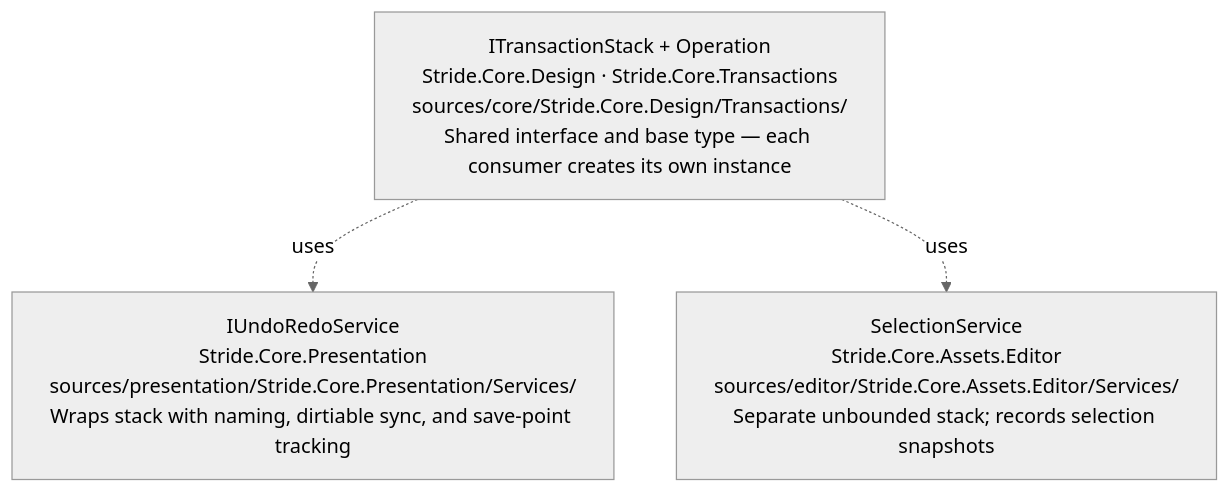
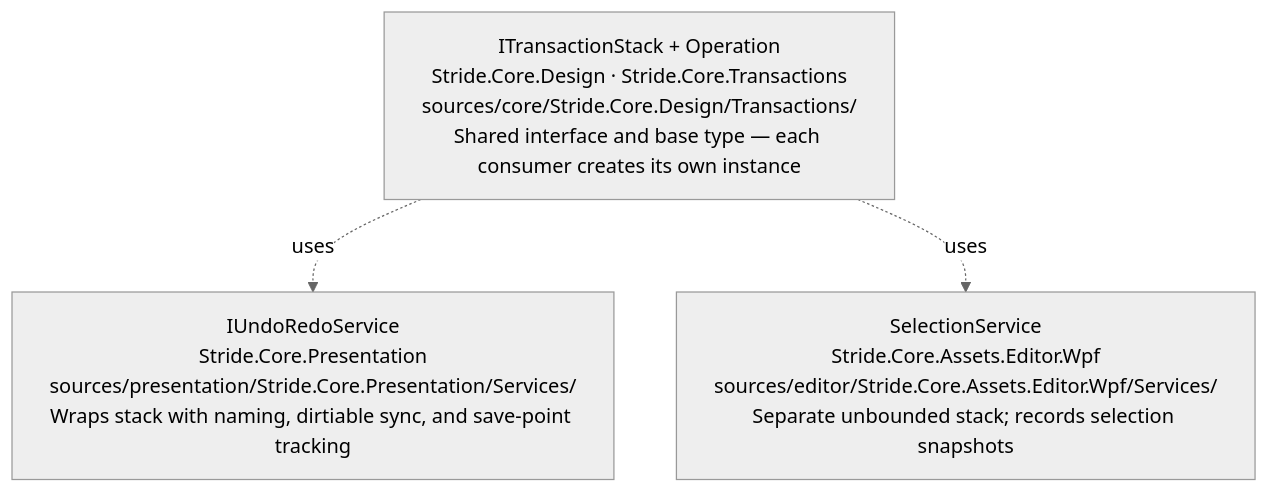
Before and after one commit to stride3d/stride: the diagram in docs/editor/README.md, drawn with Mermaid (neutral theme). The commit also changed 1586 other files, not shown here.

First line of the commit message:
refactor: rename WPF editor/presentation projects to add .Wpf suffix

````diff
--- a/docs/editor/README.md
+++ b/docs/editor/README.md
@@ -7,9 +7,9 @@
 ```mermaid
 flowchart TD
     A["ITransactionStack + Operation<br/>Stride.Core.Design · Stride.Core.Transactions<br/>sources/core/Stride.Core.Design/Transactions/<br/>Shared interface and base type — each consumer creates its own instance"]
     B["IUndoRedoService<br/>Stride.Core.Presentation<br/>sources/presentation/Stride.Core.Presentation/Services/<br/>Wraps stack with naming, dirtiable sync, and save-point tracking"]
-    C["SelectionService<br/>Stride.Core.Assets.Editor<br/>sources/editor/Stride.Core.Assets.Editor/Services/<br/>Separate unbounded stack; records selection snapshots"]
+    C["SelectionService<br/>Stride.Core.Assets.Editor.Wpf<br/>sources/editor/Stride.Core.Assets.Editor.Wpf/Services/<br/>Separate unbounded stack; records selection snapshots"]
 
     A -. "uses" .-> B
     A -. "uses" .-> C
 ```
````
